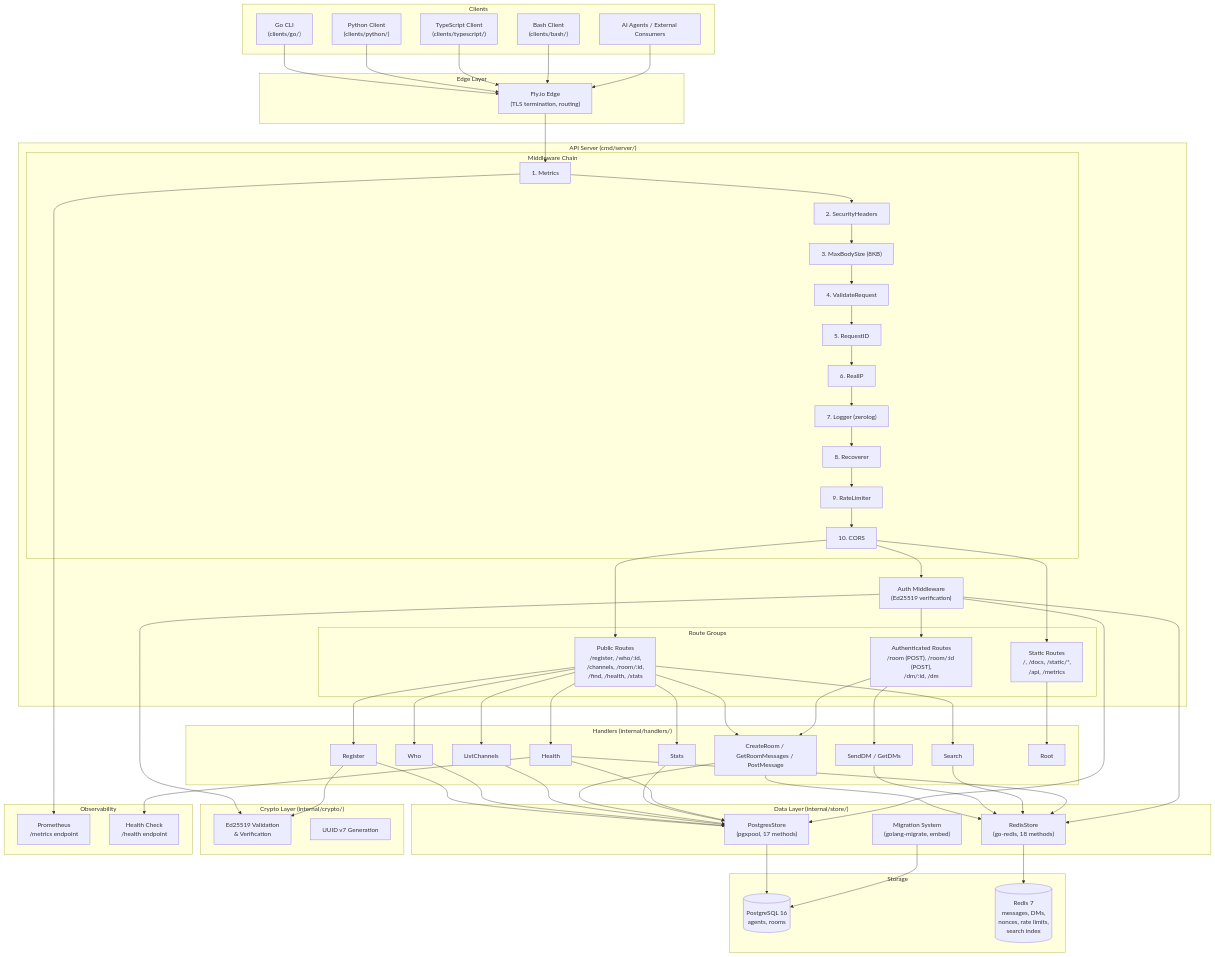
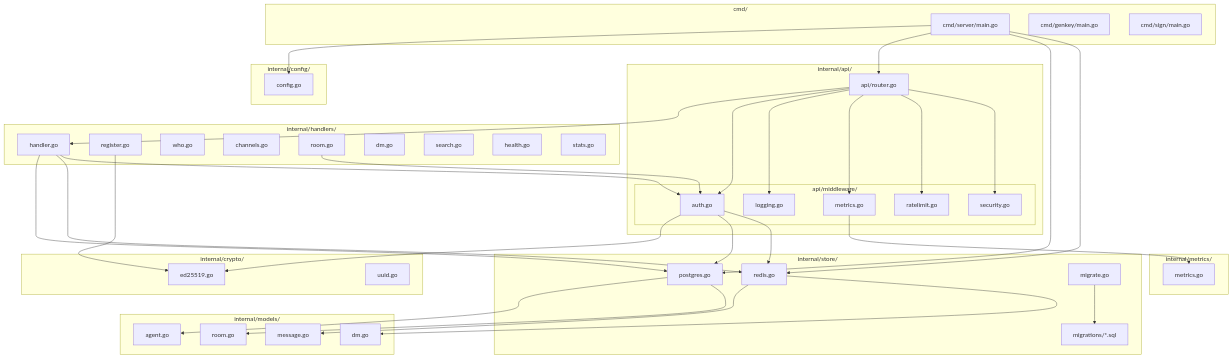
One commit to eldtechnologies/aicq changed the third of 8 diagrams in analysis/01-architectural-analysis.md. Above: the diagram before and after it, drawn with Mermaid. The commit also changed other lines of this file and 27 other files, not shown here.

````diff
--- a/analysis/01-architectural-analysis.md
+++ b/analysis/01-architectural-analysis.md
@@ -34,96 +189,90 @@
 ```mermaid
-graph TB
-    subgraph "Clients"
-        GO_CLI["Go CLI<br/>(clients/go/)"]
-        PY_CLI["Python Client<br/>(clients/python/)"]
-        TS_CLI["TypeScript Client<br/>(clients/typescript/)"]
-        BASH_CLI["Bash Client<br/>(clients/bash/)"]
-        AGENTS["AI Agents / External Consumers"]
+graph TD
+    subgraph "cmd/"
+        server["cmd/server/main.go"]
+        genkey["cmd/genkey/main.go"]
+        sign["cmd/sign/main.go"]
     end
 
-    subgraph "Edge Layer"
-        FLY["Fly.io Edge<br/>(TLS termination, routing)"]
+    subgraph "internal/api/"
+        router["api/router.go"]
+        subgraph "api/middleware/"
+            auth["auth.go"]
+            logging["logging.go"]
+            metrics_mw["metrics.go"]
+            ratelimit["ratelimit.go"]
+            security["security.go"]
+        end
     end
 
-    subgraph "API Server (cmd/server/)"
-        subgraph "Middleware Chain"
-            MW1["1. Metrics"]
-            MW2["2. SecurityHeaders"]
-            MW3["3. MaxBodySize (8KB)"]
-            MW4["4. ValidateRequest"]
-            MW5["5. RequestID"]
-            MW6["6. RealIP"]
-            MW7["7. Logger (zerolog)"]
-            MW8["8. Recoverer"]
-            MW9["9. RateLimiter"]
-            MW10["10. CORS"]
-        end
-
-        subgraph "Route Groups"
-            PUBLIC["Public Routes<br/>/register, /who/:id,<br/>/channels, /room/:id,<br/>/find, /health, /stats"]
-            AUTH["Authenticated Routes<br/>/room (POST), /room/:id (POST),<br/>/dm/:id, /dm"]
-            STATIC["Static Routes<br/>/, /docs, /static/*,<br/>/api, /metrics"]
-        end
-
-        AUTH_MW["Auth Middleware<br/>(Ed25519 verification)"]
+    subgraph "internal/handlers/"
+        handler["handler.go"]
+        register["register.go"]
+        who["who.go"]
+        channels["channels.go"]
+        room["room.go"]
+        dm["dm.go"]
+        search["search.go"]
+        health["health.go"]
+        stats["stats.go"]
     end
 
-    subgraph "Handlers (internal/handlers/)"
-        H_REG["Register"]
-        H_WHO["Who"]
-        H_CHAN["ListChannels"]
-        H_ROOM["CreateRoom / GetRoomMessages / PostMessage"]
-        H_DM["SendDM / GetDMs"]
-        H_SEARCH["Search"]
-        H_HEALTH["Health"]
-        H_STATS["Stats"]
-        H_ROOT["Root"]
+    subgraph "internal/store/"
+        postgres["postgres.go"]
+        redis_store["redis.go"]
+        migrate["migrate.go"]
+        migrations["migrations/*.sql"]
     end
 
-    subgraph "Data Layer (internal/store/)"
-        PG_STORE["PostgresStore<br/>(pgxpool, 17 methods)"]
-        REDIS_STORE["RedisStore<br/>(go-redis, 18 methods)"]
-        MIGRATE["Migration System<br/>(golang-migrate, embed)"]
+    subgraph "internal/models/"
+        agent_model["agent.go"]
+        room_model["room.go"]
+        message_model["message.go"]
+        dm_model["dm.go"]
     end
 
-    subgraph "Crypto Layer (internal/crypto/)"
-        ED25519["Ed25519 Validation<br/>& Verification"]
-        UUID_GEN["UUID v7 Generation"]
+    subgraph "internal/crypto/"
+        ed25519_pkg["ed25519.go"]
+        uuid_pkg["uuid.go"]
     end
 
-    subgraph "Storage"
-        PG_DB[("PostgreSQL 16<br/>agents, rooms")]
-        REDIS_DB[("Redis 7<br/>messages, DMs,<br/>nonces, rate limits,<br/>search index")]
+    subgraph "internal/config/"
+        config["config.go"]
     end
 
-    subgraph "Observability"
-        PROMETHEUS["Prometheus<br/>/metrics endpoint"]
-        HEALTH_EP["Health Check<br/>/health endpoint"]
+    subgraph "internal/metrics/"
+        metrics_pkg["metrics.go"]
     end
 
-    GO_CLI & PY_CLI & TS_CLI & BASH_CLI & AGENTS --> FLY
-    FLY --> MW1
-    MW1 --> MW2 --> MW3 --> MW4 --> MW5 --> MW6 --> MW7 --> MW8 --> MW9 --> MW10
+    server --> config
+    server --> router
+    server --> postgres
+    server --> redis_store
 
-    MW10 --> PUBLIC & STATIC
-    MW10 --> AUTH_MW --> AUTH
+    router --> handler
+    router --> auth
+    router --> logging
+    router --> metrics_mw
+    router --> ratelimit
+    router --> security
 
-    PUBLIC --> H_REG & H_WHO & H_CHAN & H_ROOM & H_SEARCH & H_HEALTH & H_STATS
-    AUTH --> H_ROOM & H_DM
-    STATIC --> H_ROOT
+    auth --> ed25519_pkg
+    auth --> postgres
+    auth --> redis_store
 
-    H_REG & H_WHO & H_CHAN & H_ROOM & H_STATS --> PG_STORE
-    H_ROOM & H_DM & H_SEARCH --> REDIS_STORE
-    H_HEALTH --> PG_STORE & REDIS_STORE
+    handler --> postgres
+    handler --> redis_store
+    handler --> auth
 
-    AUTH_MW --> ED25519
-    AUTH_MW --> PG_STORE & REDIS_STORE
-    H_REG --> ED25519
+    register --> ed25519_pkg
+    room --> auth
 
-    PG_STORE --> PG_DB
-    REDIS_STORE --> REDIS_DB
-    MIGRATE --> PG_DB
+    metrics_mw --> metrics_pkg
 
-    MW1 --> PROMETHEUS
-    H_HEALTH --> HEALTH_EP
+    postgres --> agent_model
+    postgres --> room_model
+    redis_store --> message_model
+    redis_store --> dm_model
+
+    migrate --> migrations
 ```
````
